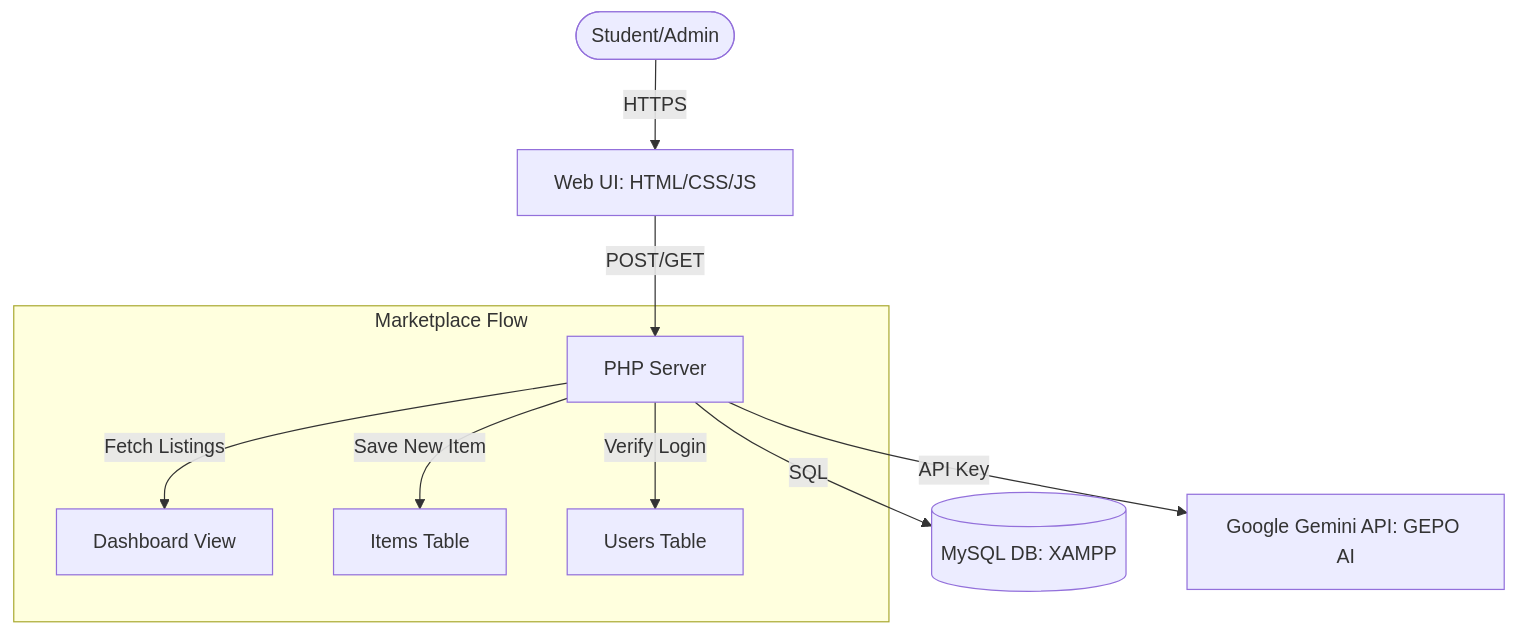
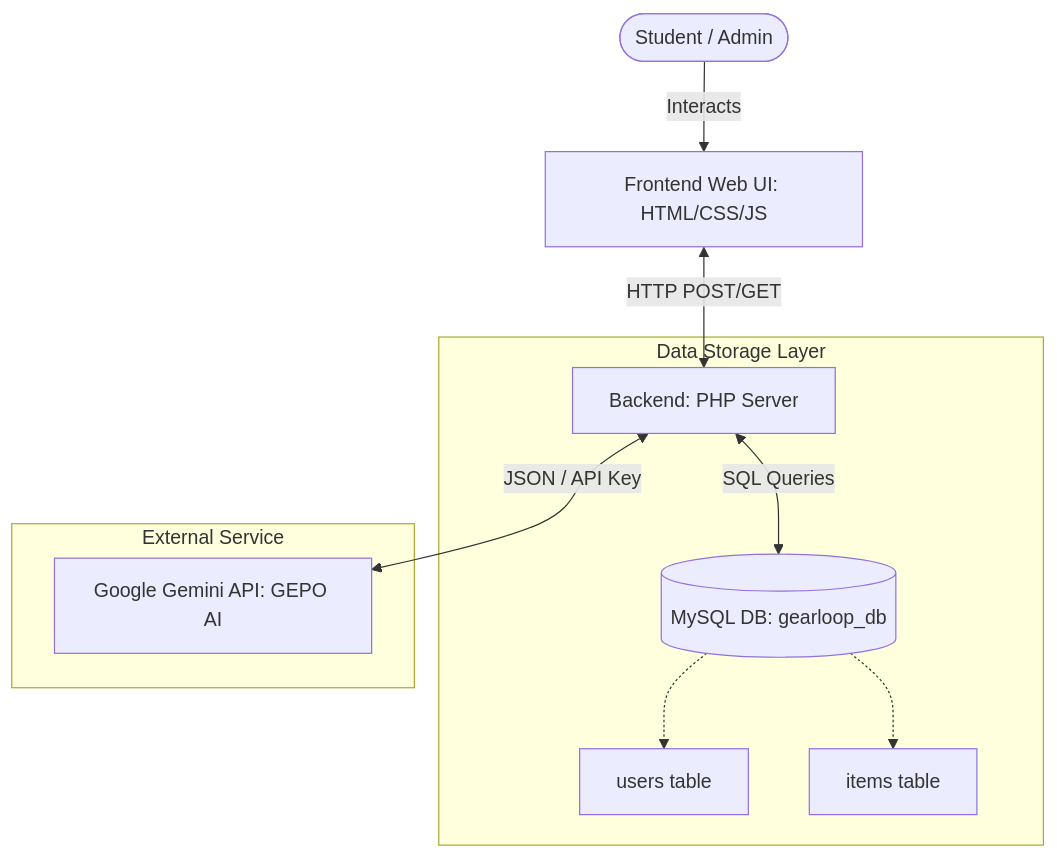
The diagram in docs/architecture.md (Russel-John/Gearloop), drawn with Mermaid before and after one commit.

Commit message:
diagram
Updated system diagram to clarify user interactions and data flow.

````diff
--- a/docs/architecture.md
+++ b/docs/architecture.md
@@ -4,13 +4,16 @@
 ```mermaid
 graph TD
-    User([Student/Admin]) -->|HTTPS| Frontend[Web UI: HTML/CSS/JS]
-    Frontend -->|POST/GET| Backend[PHP Server]
-    Backend -->|SQL| Database[(MySQL DB: XAMPP)]
-    Backend -->|API Key| Gemini[Google Gemini API: GEPO AI]
+    User([Student / Admin]) -->|Interacts| UI[Frontend Web UI: HTML/CSS/JS]
     
-    subgraph Marketplace Flow
-        Backend -->|Fetch Listings| Dashboard[Dashboard View]
-        Backend -->|Save New Item| DB_Items[Items Table]
-        Backend -->|Verify Login| DB_Users[Users Table]
+    UI <-->|HTTP POST/GET| Backend[Backend: PHP Server]
+
+    subgraph Data Storage Layer
+        Backend <-->|SQL Queries| DB[(MySQL DB: gearloop_db)]
+        DB -.-> Users[users table]
+        DB -.-> Items[items table]
+    end
+
+    subgraph External Service
+        Backend <-->|JSON / API Key| Gemini[Google Gemini API: GEPO AI]
     end
 ```
````
